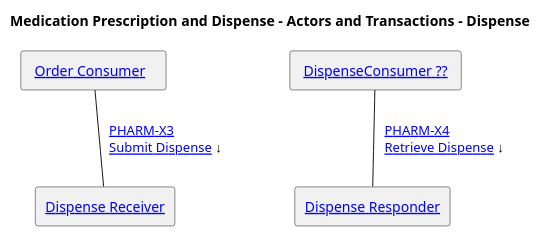
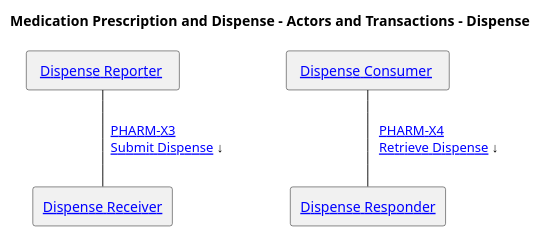
One commit to IHE/pharm-mpd changed the diagram in input/images-source/actors-transactions-dispense.plantuml. Above: the diagram before and after it, drawn with PlantUML. The commit also changed 29 other files, not shown here.

Commit message:
work on capstatements and actors, architecture

```diff
--- a/input/images-source/actors-transactions-dispense.plantuml
+++ b/input/images-source/actors-transactions-dispense.plantuml
@@ -1,50 +1,50 @@
 @startuml
 '!include ./style.iuml
 skinparam linetype ortho
 skinparam linetype polyline
 
 title Medication Prescription and Dispense - Actors and Transactions - Dispense
 'agent "  [[actors_and_transactions.html#order-placer Order Placer ]]" as orderplacer 
 'agent " [[actors_and_transactions.html#order-receiver Order Receiver ]]" as orderreceiver 
 'agent " [[actors_and_transactions.html#order-receiver Order Responder ]]" as orderresponder 
 
-agent " [[actors_and_transactions.html#OrderConsumer Order Consumer   ]]" as OrderConsumer 
-agent " [[actors_and_transactions.html#dispenseconsumer DispenseConsumer ?? ]]" as dispenseconsumer 
+agent " [[actors_and_transactions.html#DispenseReporter Dispense Reporter  ]]" as OrderConsumer 
+agent " [[actors_and_transactions.html#DispenseConsumer Dispense Consumer  ]]" as dispenseconsumer 
 
 
-agent "[[actors_and_transactions.html#dipensereceiver Dispense Receiver]]" as dispensereceiver
-agent "[[actors_and_transactions.html#dipenseresponder Dispense Responder]]" as dispenseresponder 
+agent "[[actors_and_transactions.html#DipenseReceiver Dispense Receiver]]" as dispensereceiver
+agent "[[actors_and_transactions.html#DipenseResponder Dispense Responder]]" as dispenseresponder 
 
 
 ' \n\n   [[PHARM-X2.html PHARM-M2 Supply Response/status]] ↑
 
 dispenseconsumer -d- dispenseresponder : "   [[PHARM-X4.html PHARM-X4\nRetrieve Dispense]] ↓       "
 
 
 'orderreceiver -r[hidden]- orderresponder : "\t\t\t "
 'orderreceiver -d[hidden]- dispenseresponder : "   "
 
 
 'orderresponder -d[hidden]- dispensereceiver
 'orderresponder -r[hidden]- dispensereceiver
 'orderresponder -r[hidden]- OrderConsumer
 
 'orderplacer -[hidden]r- OrderConsumer : "\t\t\t   "
 
-OrderConsumer -r[hidden]- dispenseconsumer: "\t\t\t  "
+OrderConsumer -r[hidden]- dispenseconsumer: "\t\t     "
 
 dispensereceiver -r[hidden]- dispenseresponder : "\t\t\t"
 
 
 'orderresponder -u- OrderConsumer: "   [[PHARM-X1.html PHARM-X2\n GET Medication Orders]] ↑          "
 OrderConsumer -d- dispensereceiver: "  [[PHARM-X3.html PHARM-X3\nSubmit Dispense]] ↓  "
 
 ' → ↑ ← ↓
 
 'orderresponder -r- dispensereceiver:  "   [[PHARM-X2.html PHARM-X2 Dispense]]  ←   "
 ' dispensereceiver -r- dispenseresponder : ""
 
 'OrderConsumer -d- OrderConsumer : "   [[PHARM-M2.html PHARM-M2 Fetch Orders]] ←  "
 'dispenser -[hidden]r- invreporter : "\t\t\t\t\t "
 'invreporter -d- invmanager : "   [[PHARM-M5.html PHARM-M5 Inventory Status]] ↑                  \n\n   [[PHARM-M6.html PHARM-M6 Inventory Update]] ↓                 \n\n[[PHARM-M7.html PHARM-M7 Inventory Query]] ↓\t\t  "
 @enduml
```
